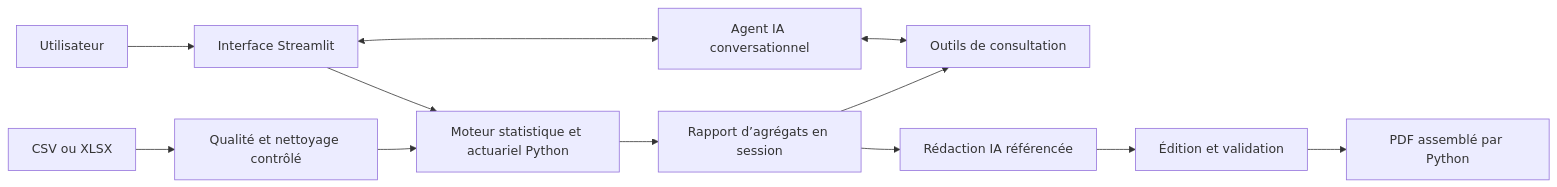
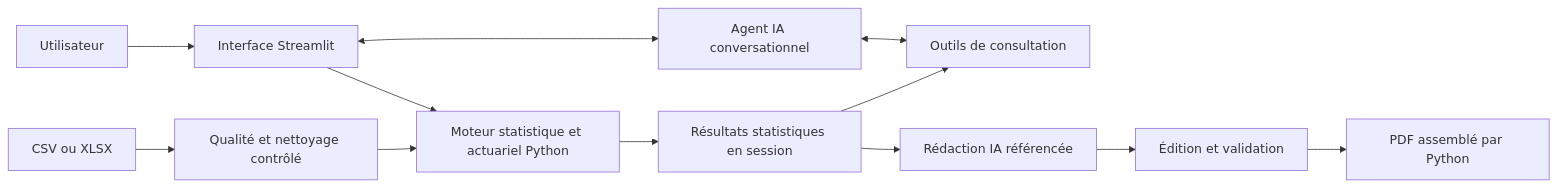
One commit to Hrazafin78/actuarial-portfolio-analyst-agent changed the diagram in README.md. Above: the diagram before and after it, drawn with Mermaid. The commit also changed other lines of this file and 23 other files, not shown here.

````diff
--- a/README.md
+++ b/README.md
@@ -45,14 +45,14 @@
 ```mermaid
 flowchart LR
     U[Utilisateur] --> S[Interface Streamlit]
     D[CSV ou XLSX] --> Q[Qualité et nettoyage contrôlé]
     Q --> P[Moteur statistique et actuariel Python]
     S --> P
-    P --> A[Rapport d’agrégats en session]
+    P --> A[Résultats statistiques en session]
     A --> T[Outils de consultation]
     S <--> L[Agent IA conversationnel]
     L <--> T
     A --> R[Rédaction IA référencée]
     R --> V[Édition et validation]
     V --> PDF[PDF assemblé par Python]
 ```
````
